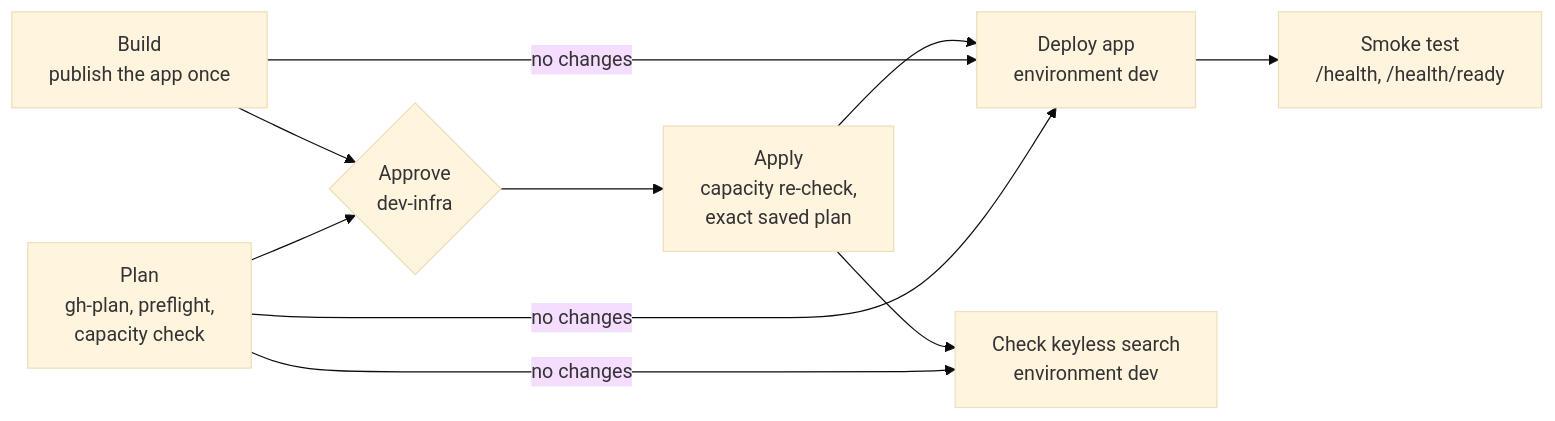
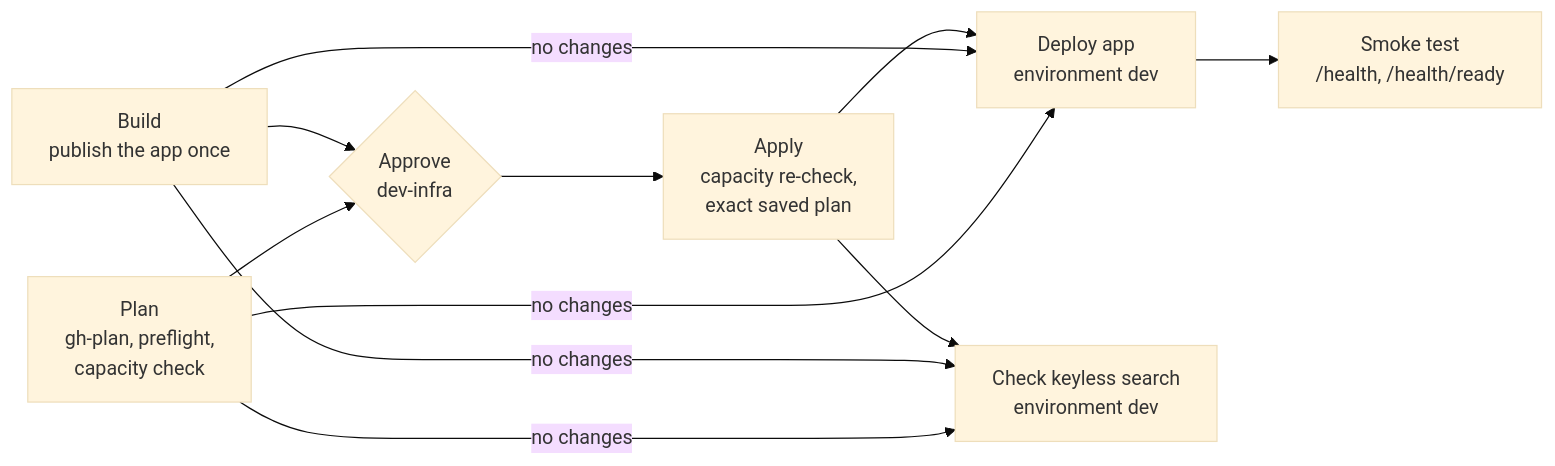
One commit to ankurparekh1988/payment-ops-investigation-agent changed the first of 2 diagrams in docs/Deployment.md. Above: the diagram before and after it, drawn with Mermaid (base theme). The commit also changed 1 other file, not shown here.

Commit message:
fix: check the search service only after a successful build

````diff
--- a/docs/Deployment.md
+++ b/docs/Deployment.md
@@ -195,12 +195,13 @@
 ```mermaid
 flowchart LR
   B["Build<br/>publish the app once"] --> A
   P["Plan<br/>gh-plan, preflight,<br/>capacity check"] --> A{"Approve<br/>dev-infra"}
   A --> AP["Apply<br/>capacity re-check,<br/>exact saved plan"]
   AP --> D["Deploy app<br/>environment dev"]
   B -->|no changes| D
   P -->|no changes| D
   D --> S["Smoke test<br/>/health, /health/ready"]
   AP --> K["Check keyless search<br/>environment dev"]
+  B -->|no changes| K
   P -->|no changes| K
 ```
````
